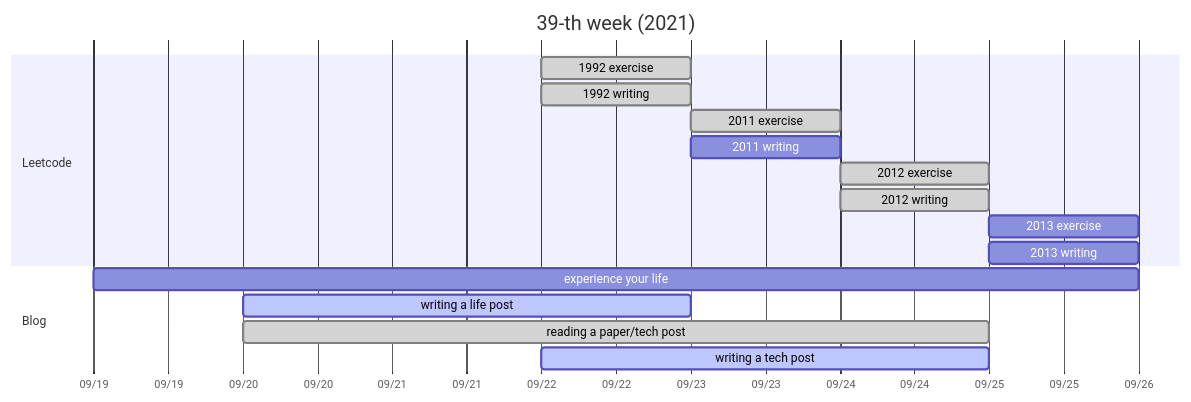
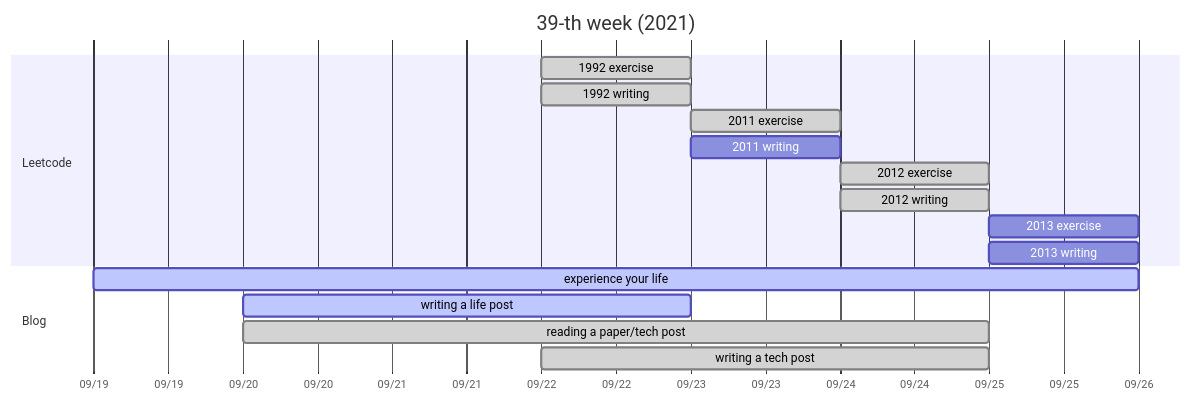
Before and after one commit to michaelmoju/allenyummy.github.io: the diagram in _posts/2021-09-22-39th-weekly-progress.md, drawn with Mermaid.

Commit message:
[modified] tech post

````diff
--- a/_posts/2021-09-22-39th-weekly-progress.md
+++ b/_posts/2021-09-22-39th-weekly-progress.md
@@ -23,22 +23,22 @@
 ```mermaid
 gantt
     title 39-th week (2021)
     dateFormat  YYYY-MM-DD
     axisFormat  %m/%d
 
     section Leetcode
     1992 exercise       : done  , L1, 2021-09-22, 1d
     1992 writing        : done  , L2, 2021-09-22, 1d
     2011 exercise       : done  , L3, 2021-09-23, 1d
     2011 writing        :         L4, 2021-09-23, 1d
     2012 exercise       : done  , L5, 2021-09-24, 1d
     2012 writing        : done  , L6, 2021-09-24, 1d
     2013 exercise       :         L7, 2021-09-25, 1d
     2013 writing        :         L8, 2021-09-25, 1d
 
     section Blog
-    experience your life:         B1, 2021-09-19, 7d
+    experience your life: active, B1, 2021-09-19, 7d
     writing a life post : active, B2, 2021-09-20, 3d
     reading a paper/tech post: done, B3, 2021-09-20, 5d
-    writing a tech post : active, B4, 2021-09-22, 3d
+    writing a tech post : done, B4, 2021-09-22, 3d
 ```
````
